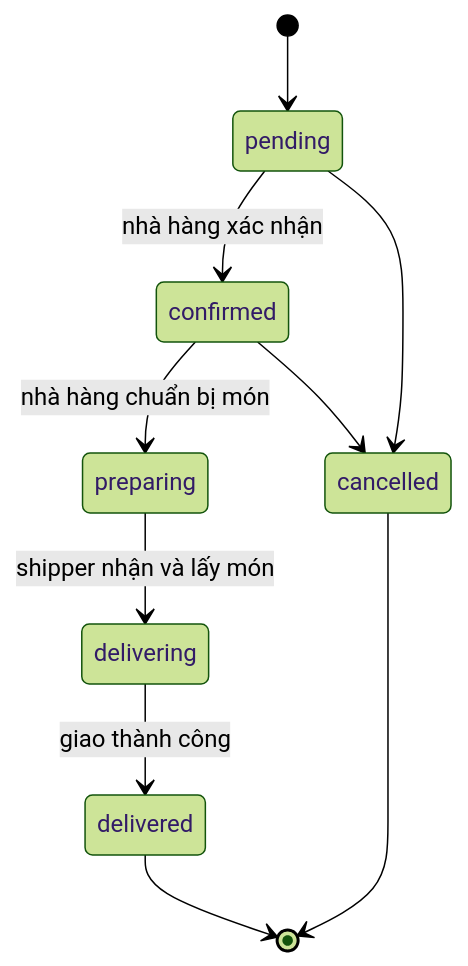
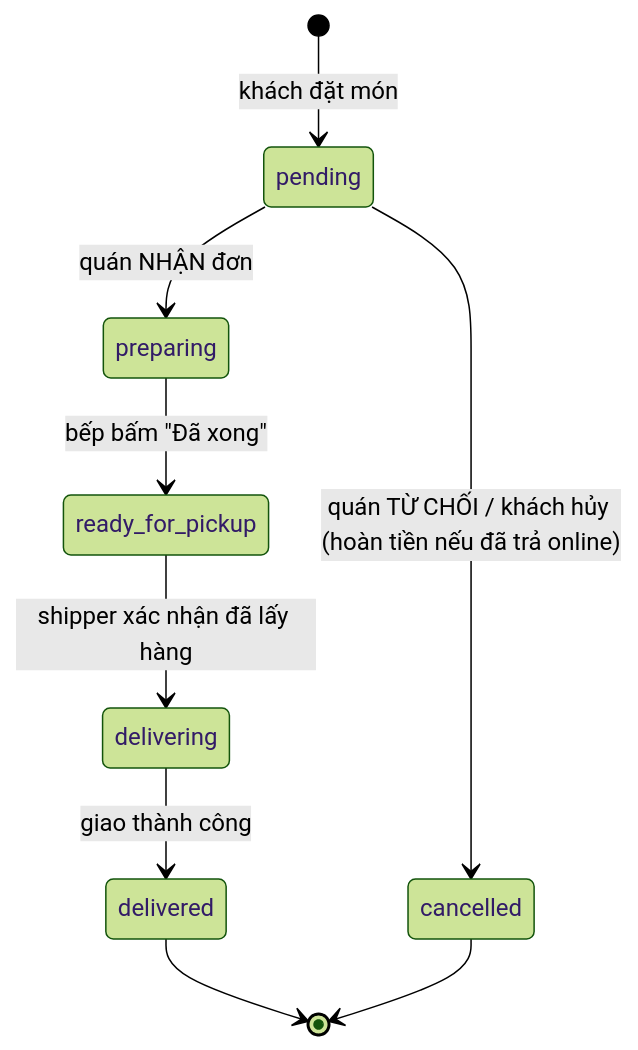
The second of 2 diagrams in docs/database.md (boicongnghe/food-delivery-system), drawn with Mermaid (forest theme) before and after one commit. The commit also changed other lines of this file and 1 other file, not shown here.

````diff
--- a/docs/database.md
+++ b/docs/database.md
@@ -96,12 +96,11 @@
 ```mermaid
 stateDiagram-v2
-    [*] --> pending
-    pending --> confirmed : nhà hàng xác nhận
-    confirmed --> preparing : nhà hàng chuẩn bị món
-    preparing --> delivering : shipper nhận và lấy món
+    [*] --> pending : khách đặt món
+    pending --> preparing : quán NHẬN đơn
+    pending --> cancelled : quán TỪ CHỐI / khách hủy (hoàn tiền nếu đã trả online)
+    preparing --> ready_for_pickup : bếp bấm "Đã xong"
+    ready_for_pickup --> delivering : shipper xác nhận đã lấy hàng
     delivering --> delivered : giao thành công
-    pending --> cancelled
-    confirmed --> cancelled
     delivered --> [*]
     cancelled --> [*]
 ```
````
